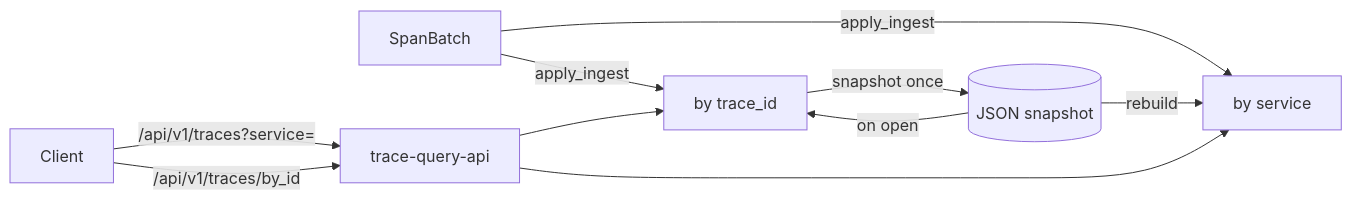
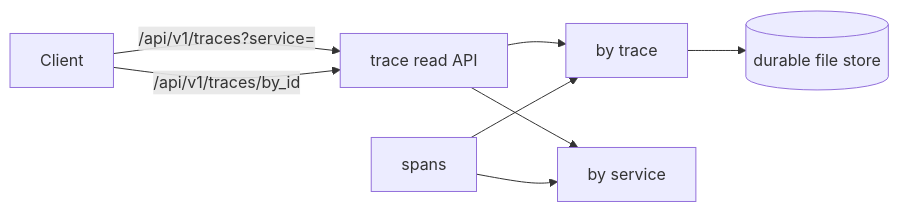
Before and after one commit to andrealaforgia/kaleidoscope-site: the diagram in src/content/docs/components/ray.md, drawn with Mermaid. The commit also changed other lines of this file and 23 other files, not shown here.

````diff
--- a/src/content/docs/components/ray.md
+++ b/src/content/docs/components/ray.md
@@ -28,12 +28,10 @@
 ```mermaid
 flowchart LR
- Ingest[SpanBatch] -->|apply_ingest| ByTrace["by trace_id"]
- Ingest -->|apply_ingest| ByService["by service"]
- ByTrace -->|snapshot once| Snap[(JSON snapshot)]
- Snap -->|on open| ByTrace
- Snap -->|rebuild| ByService
- Client -->|"/api/v1/traces?service="| API[trace-query-api]
- Client -->|/api/v1/traces/by_id| API
- API --> ByTrace
- API --> ByService
+    Client -->|"/api/v1/traces?service="| API[trace read API]
+    Client -->|/api/v1/traces/by_id| API
+    API --> ByTrace[by trace]
+    API --> ByService[by service]
+    Ingest[spans] --> ByTrace
+    Ingest --> ByService
+    ByTrace --> Durable[(durable file store)]
 ```
````
